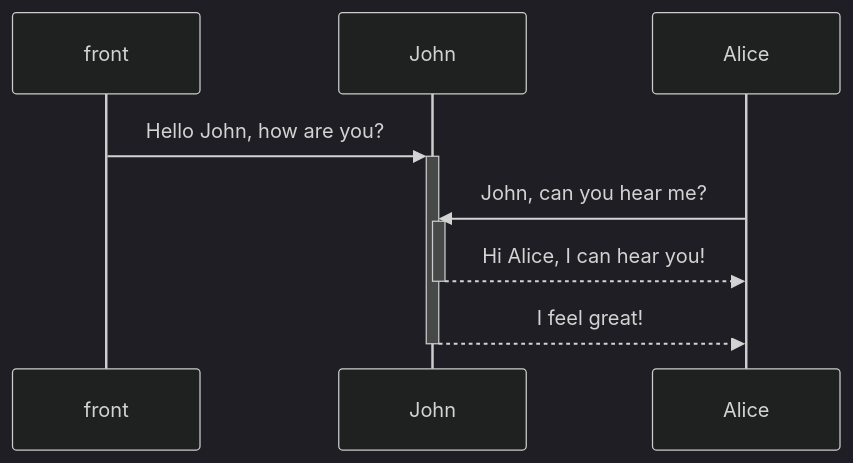
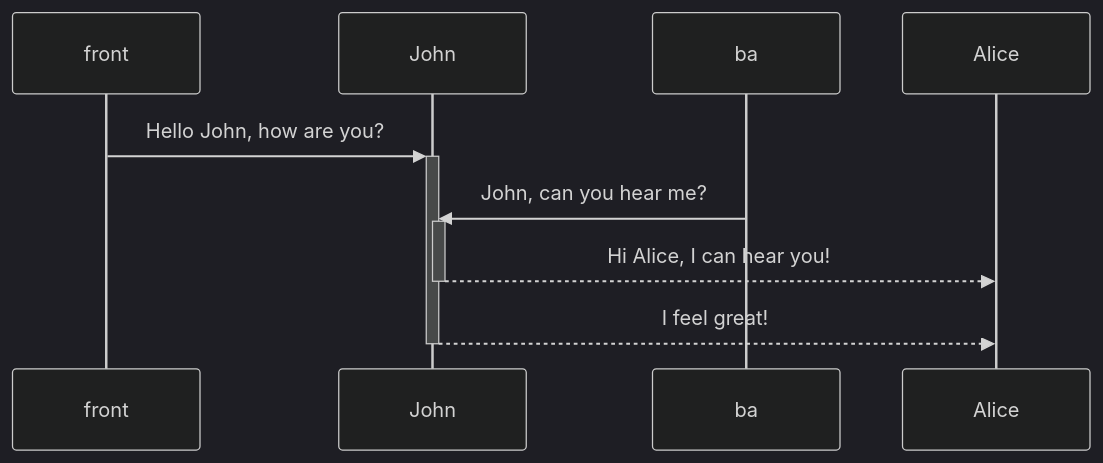
Before and after one commit to yingjianzh/iodraw-files: the diagram in all/未命名-4.md, drawn with Mermaid (dark theme).

Commit message:
2024-08-02 17:29:26 update

````diff
--- a/all/未命名-4.md
+++ b/all/未命名-4.md
@@ -1,8 +1,8 @@
 ```mermaid
 sequenceDiagram
     front->>+John: Hello John, how are you?
-    Alice->>+John: John, can you hear me?
+    ba->>+John: John, can you hear me?
     John-->>-Alice: Hi Alice, I can hear you!
     John-->>-Alice: I feel great!
             
 ```
````
